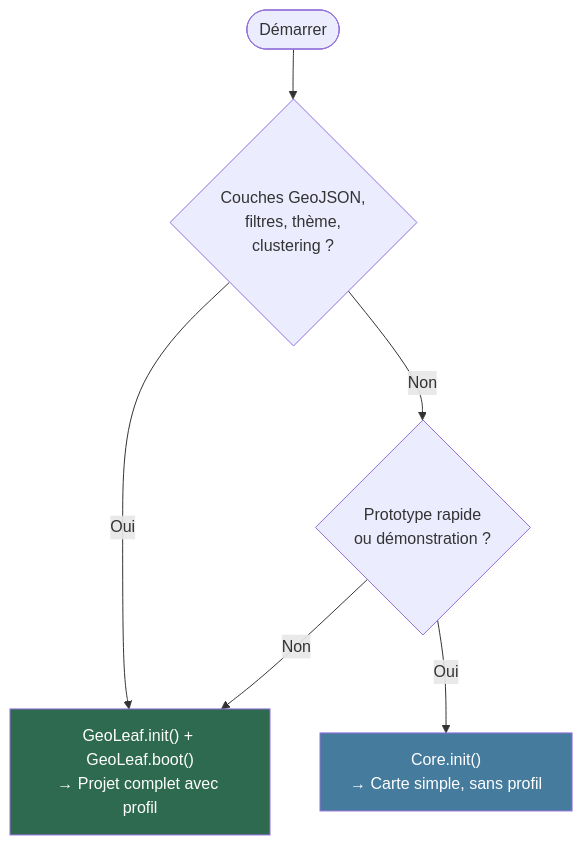
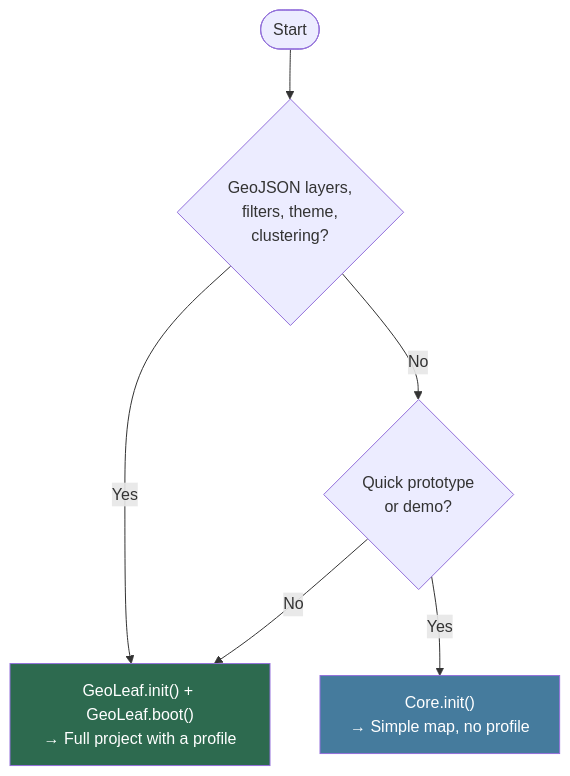
Before and after one commit to geoleaf/geoleaf-js: the diagram in packages/core/docs/GETTING_STARTED.md, drawn with Mermaid. The commit also changed other lines of this file and 158 other files, not shown here.

````diff
--- a/packages/core/docs/GETTING_STARTED.md
+++ b/packages/core/docs/GETTING_STARTED.md
@@ -161,10 +172,10 @@
 ```mermaid
 flowchart TD
-    A(["Démarrer"]) --> B{"Couches GeoJSON,\nfiltres, thème,\nclustering ?"}
-    B -->|Oui| C["GeoLeaf.init() + GeoLeaf.boot()\n→ Projet complet avec profil"]
-    B -->|Non| D{"Prototype rapide\nou démonstration ?"}
-    D -->|Oui| E["Core.init()\n→ Carte simple, sans profil"]
-    D -->|Non| C
+    A(["Start"]) --> B{"GeoJSON layers,\nfilters, theme,\nclustering?"}
+    B -->|Yes| C["GeoLeaf.init() + GeoLeaf.boot()\n→ Full project with a profile"]
+    B -->|No| D{"Quick prototype\nor demo?"}
+    D -->|Yes| E["Core.init()\n→ Simple map, no profile"]
+    D -->|No| C
     style C fill:#2d6a4f,color:#fff
     style E fill:#457b9d,color:#fff
 ```
````
